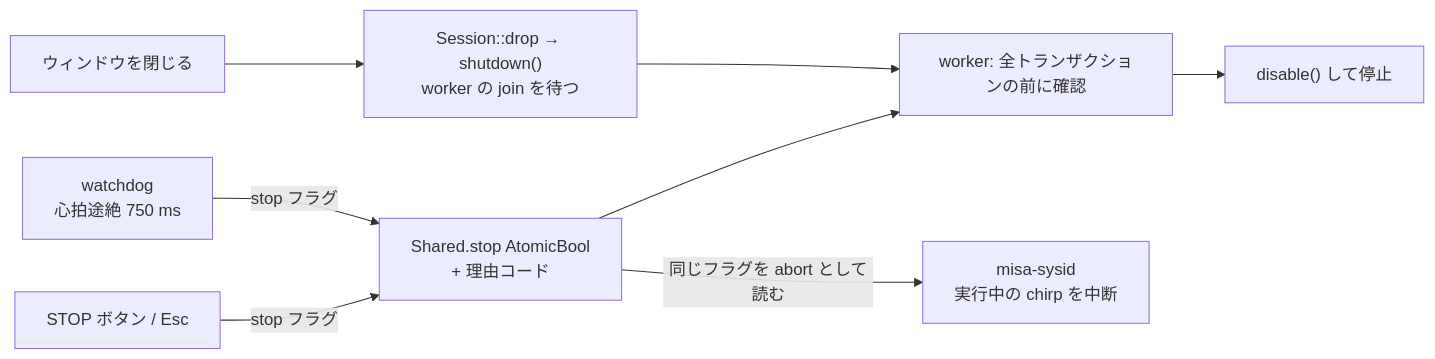
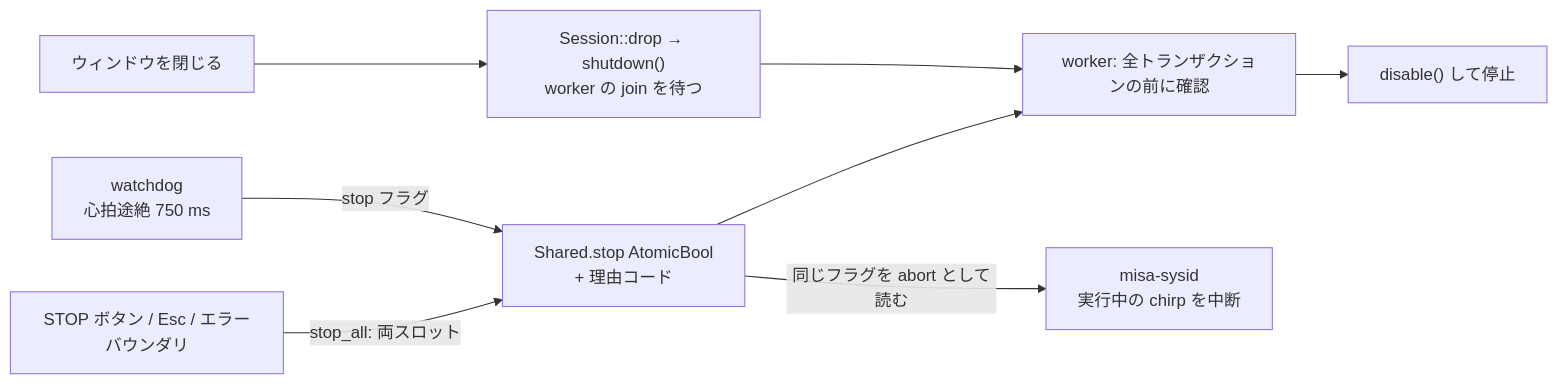
Before and after one commit to takarakasai/misa-actuator: the second of 4 diagrams in doc/architecture.md, drawn with Mermaid. The commit also changed other lines of this file and 2 other files, not shown here.

````diff
--- a/doc/architecture.md
+++ b/doc/architecture.md
@@ -141,10 +141,10 @@
 ```mermaid
 flowchart LR
-    U["STOP ボタン / Esc"] -->|"stop フラグ"| F
+    U["STOP ボタン / Esc / エラーバウンダリ"] -->|"stop_all: 両スロット"| F
     WD2["watchdog<br/>心拍途絶 750 ms"] -->|"stop フラグ"| F
     F["Shared.stop AtomicBool<br/>+ 理由コード"] --> W2["worker: 全トランザクションの前に確認"]
     F -->|"同じフラグを abort として読む"| SY["misa-sysid<br/>実行中の chirp を中断"]
     X["ウィンドウを閉じる"] --> D["Session::drop → shutdown()<br/>worker の join を待つ"]
     D --> W2
     W2 --> DIS["disable() して停止"]
 ```
````
